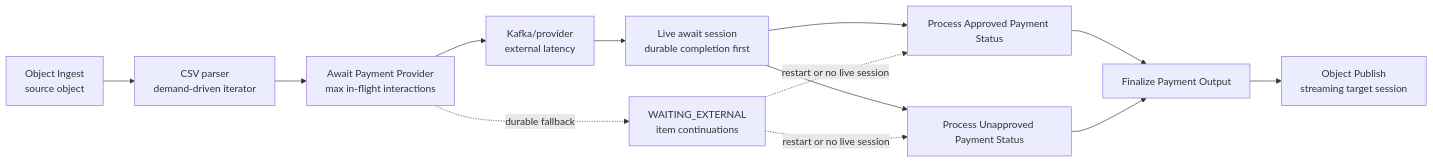
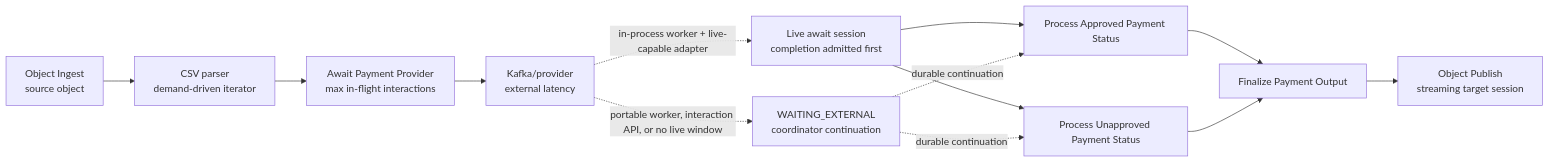
Before and after one commit to The-Pipeline-Framework/pipelineframework: the first of 2 diagrams in docs/deploy/concurrency-and-backpressure.md, drawn with Mermaid. The commit also changed 3 other files, not shown here.

Commit message:
docs(await): align continuation diagrams with worker boundaries

````diff
--- a/docs/deploy/concurrency-and-backpressure.md
+++ b/docs/deploy/concurrency-and-backpressure.md
@@ -86,15 +86,15 @@
 ```mermaid
 flowchart LR
     A["Object Ingest<br/>source object"] --> B["CSV parser<br/>demand-driven iterator"]
     B --> C["Await Payment Provider<br/>max in-flight interactions"]
     C --> D["Kafka/provider<br/>external latency"]
-    D --> E["Live await session<br/>durable completion first"]
+    D -. "in-process worker + live-capable adapter" .-> E["Live await session<br/>completion admitted first"]
     E --> F["Process Approved Payment Status"]
     E --> G["Process Unapproved Payment Status"]
     F --> H["Finalize Payment Output"]
     G --> H
     H --> I["Object Publish<br/>streaming target session"]
-    C -. "durable fallback" .-> J["WAITING_EXTERNAL<br/>item continuations"]
-    J -. "restart or no live session" .-> F
-    J -. "restart or no live session" .-> G
+    D -. "portable worker, interaction API, or no live window" .-> J["WAITING_EXTERNAL<br/>coordinator continuation"]
+    J -. "durable continuation" .-> F
+    J -. "durable continuation" .-> G
 ```
````
